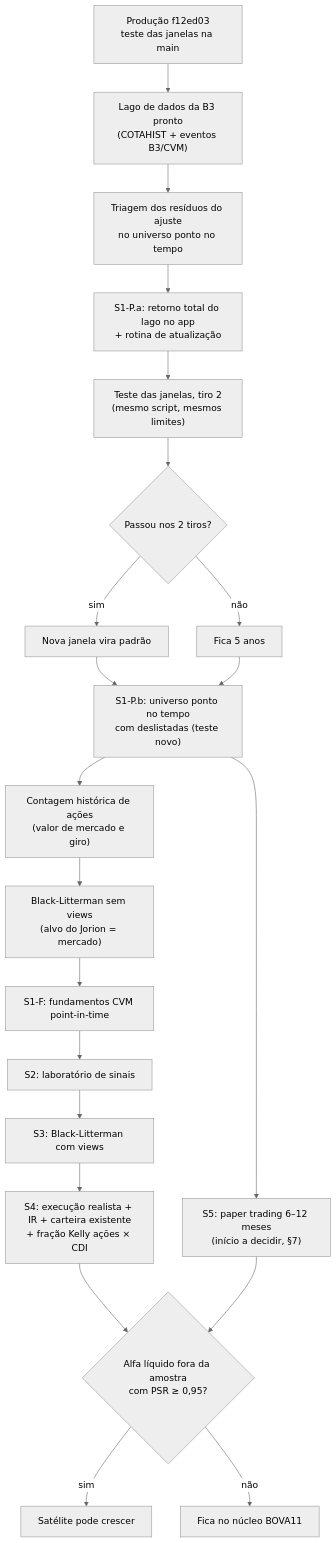
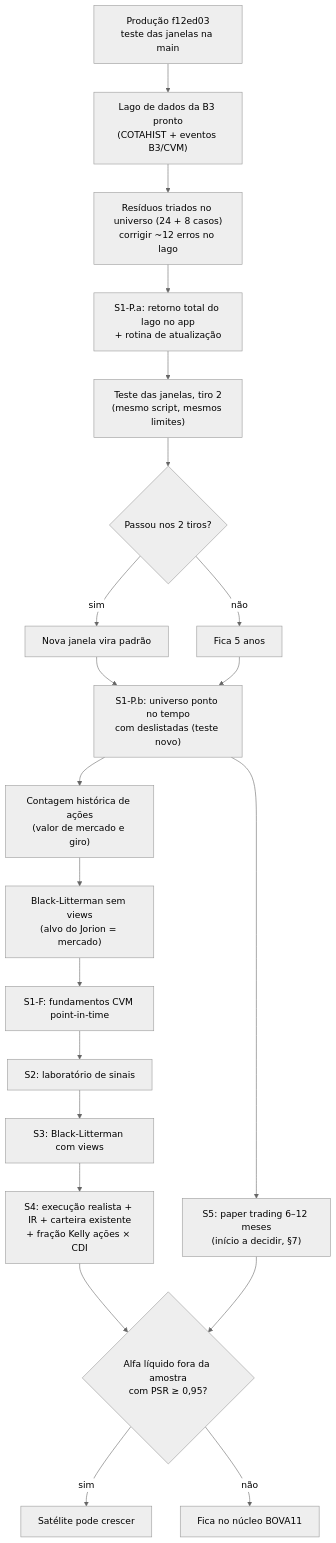
The diagram in docs/ROTEIRO.md (GabrielScript/Portfolio-Optimization), drawn with Mermaid (neutral theme) before and after one commit. The commit also changed other lines of this file and 2 other files, not shown here.

First line of the commit message:
docs: universo ponto no tempo e triagem dos resíduos do lago

````diff
--- a/docs/ROTEIRO.md
+++ b/docs/ROTEIRO.md
@@ -54,23 +55,23 @@
 ```mermaid
 flowchart TD
     A["Produção f12ed03<br/>teste das janelas na main"] --> L["Lago de dados da B3 pronto<br/>(COTAHIST + eventos B3/CVM)"]
-    L --> R["Triagem dos resíduos do ajuste<br/>no universo ponto no tempo"]
+    L --> R["Resíduos triados no universo (24 + 8 casos)<br/>corrigir ~12 erros no lago"]
     R --> D["S1-P.a: retorno total do lago no app<br/>+ rotina de atualização"]
     D --> E["Teste das janelas, tiro 2<br/>(mesmo script, mesmos limites)"]
     E --> F{"Passou nos 2 tiros?"}
     F -- sim --> F1["Nova janela vira padrão"]
     F -- não --> F2["Fica 5 anos"]
     F1 --> PB["S1-P.b: universo ponto no tempo<br/>com deslistadas (teste novo)"]
     F2 --> PB
     PB --> S5["S5: paper trading 6–12 meses<br/>(início a decidir, §7)"]
     PB --> CAP["Contagem histórica de ações<br/>(valor de mercado e giro)"]
     CAP --> BL["Black-Litterman sem views<br/>(alvo do Jorion = mercado)"]
     BL --> S1F["S1-F: fundamentos CVM point-in-time"]
     S1F --> S2["S2: laboratório de sinais"]
     S2 --> S3["S3: Black-Litterman com views"]
     S3 --> S4["S4: execução realista + IR + carteira existente<br/>+ fração Kelly ações × CDI"]
     S4 --> OK{"Alfa líquido fora da amostra<br/>com PSR ≥ 0,95?"}
     S5 --> OK
     OK -- sim --> SAT["Satélite pode crescer"]
     OK -- não --> NUC["Fica no núcleo BOVA11"]
 ```
````
